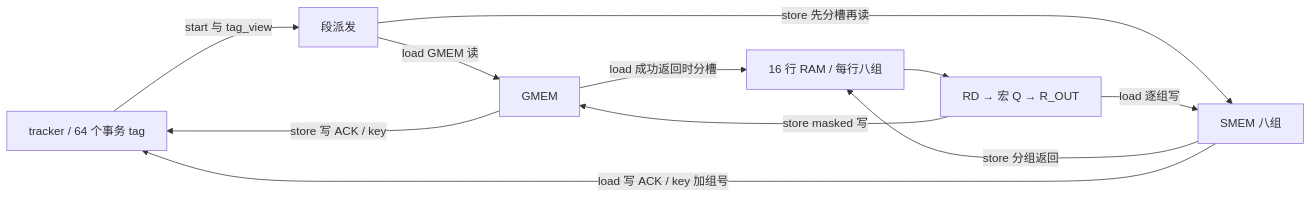
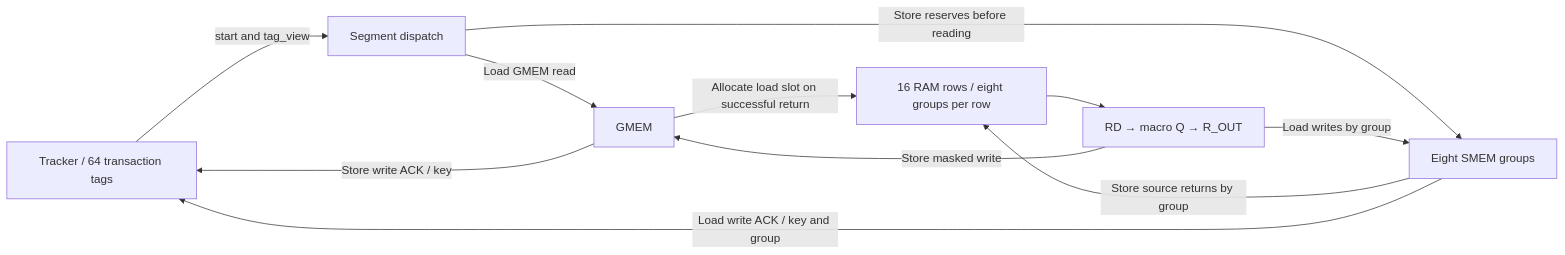
Before and after one commit to yuhin777/Allegro: the diagram in doc/rtl_specs/tma/blackwell_tma_data_path.md, drawn with Mermaid. The commit also changed other lines of this file and 45 other files, not shown here.

````diff
--- a/doc/rtl_specs/tma/blackwell_tma_data_path.md
+++ b/doc/rtl_specs/tma/blackwell_tma_data_path.md
@@ -15,13 +15,13 @@
 ```mermaid
 flowchart LR
-  T[tracker / 64 个事务 tag] -->|start 与 tag_view| D[段派发]
-  D -->|load GMEM 读| G[GMEM]
-  G -->|load 成功返回时分槽| B[16 行 RAM / 每行八组]
-  D -->|store 先分槽再读| S[SMEM 八组]
-  S -->|store 分组返回| B
-  B --> RD[RD → 宏 Q → R_OUT]
-  RD -->|load 逐组写| S
-  RD -->|store masked 写| G
-  S -->|load 写 ACK / key 加组号| T
-  G -->|store 写 ACK / key| T
+  T["Tracker / 64 transaction tags"] -->|start and tag_view| D["Segment dispatch"]
+  D -->|Load GMEM read| G[GMEM]
+  G -->|Allocate load slot on successful return| B["16 RAM rows / eight groups per row"]
+  D -->|Store reserves before reading| S["Eight SMEM groups"]
+  S -->|Store source returns by group| B
+  B --> RD["RD → macro Q → R_OUT"]
+  RD -->|Load writes by group| S
+  RD -->|Store masked write| G
+  S -->|Load write ACK / key and group| T
+  G -->|Store write ACK / key| T
 ```
````
